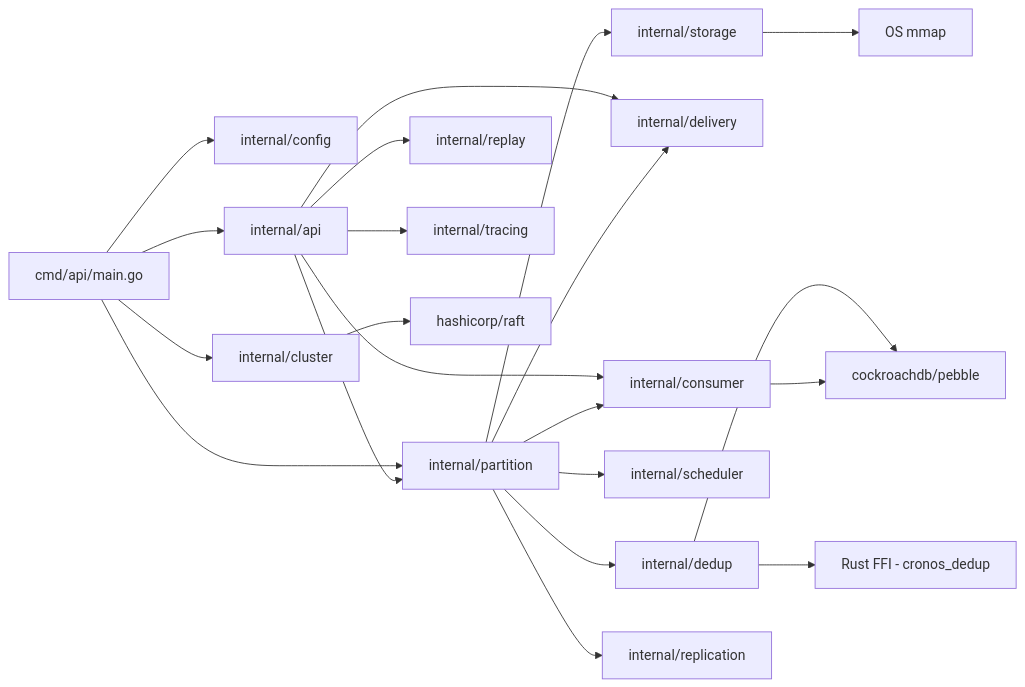
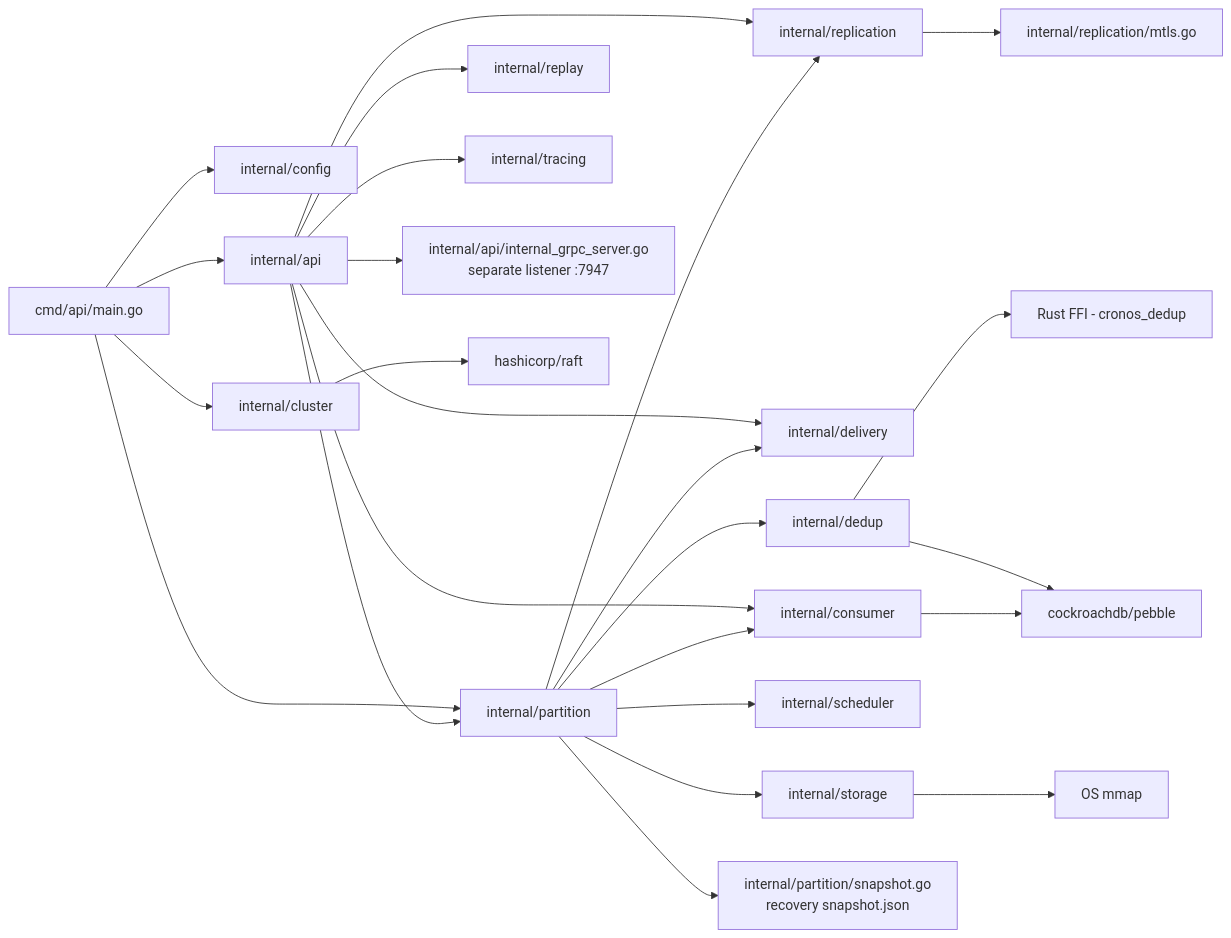
Before and after one commit to jatin711-debug/cronos_db_golang: the third of 46 diagrams in ARCHITECTURE.md, drawn with Mermaid. The commit also changed other lines of this file and 14 other files, not shown here.

````diff
--- a/ARCHITECTURE.md
+++ b/ARCHITECTURE.md
@@ -142,26 +142,30 @@
 ```mermaid
 graph LR
     main[cmd/api/main.go] --> config[internal/config]
     main --> api[internal/api]
     main --> cluster[internal/cluster]
     main --> partition[internal/partition]
 
     api --> partition
     api --> consumer[internal/consumer]
     api --> delivery[internal/delivery]
     api --> replay[internal/replay]
     api --> tracing[internal/tracing]
+    api --> replication[internal/replication]
+    api --> internal_grpc[internal/api/internal_grpc_server.go<br/>separate listener :7947]
 
     partition --> storage[internal/storage]
     partition --> scheduler[internal/scheduler]
     partition --> dedup[internal/dedup]
     partition --> consumer
     partition --> delivery
-    partition --> replication[internal/replication]
+    partition --> replication
+    partition --> snapshot[internal/partition/snapshot.go<br/>recovery snapshot.json]
 
+    replication --> mtls[internal/replication/mtls.go]
     cluster --> raft_pkg[hashicorp/raft]
     dedup --> pebble[cockroachdb/pebble]
     dedup --> rust[Rust FFI - cronos_dedup]
     consumer --> pebble
     storage --> mmap[OS mmap]
 ```
````
